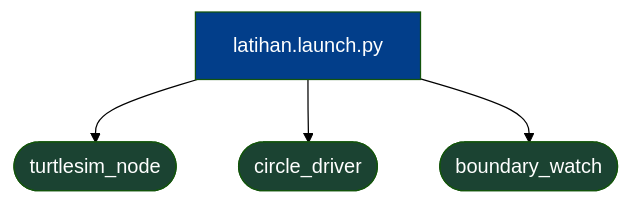
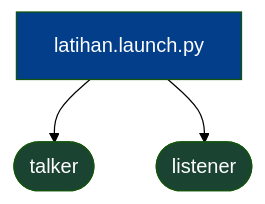
The third of 4 diagrams in ROS 2/dasar-ros2.md (kcv-if/Modul-Robotika), drawn with Mermaid (forest theme) before and after one commit. The commit also changed other lines of this file, not shown here.

````diff
--- a/ROS 2/dasar-ros2.md
+++ b/ROS 2/dasar-ros2.md
@@ -514,11 +1079,9 @@
 ```mermaid
 graph TD
-    L["latihan.launch.py"] --> A(["turtlesim_node"])
-    L --> B(["circle_driver"])
-    L --> C(["boundary_watch"])
+    L["latihan.launch.py"] --> A(["talker"])
+    L --> B(["listener"])
 
     style L fill:#023e8a,color:#fff
     style A fill:#1b4332,color:#fff
     style B fill:#1b4332,color:#fff
-    style C fill:#1b4332,color:#fff
 ```
````
